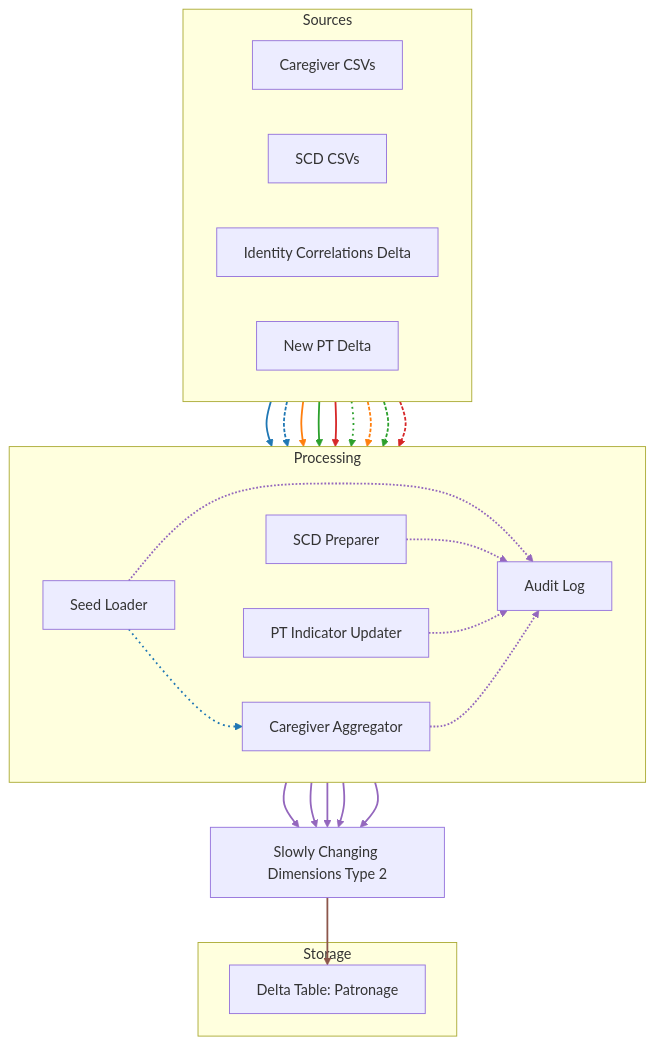
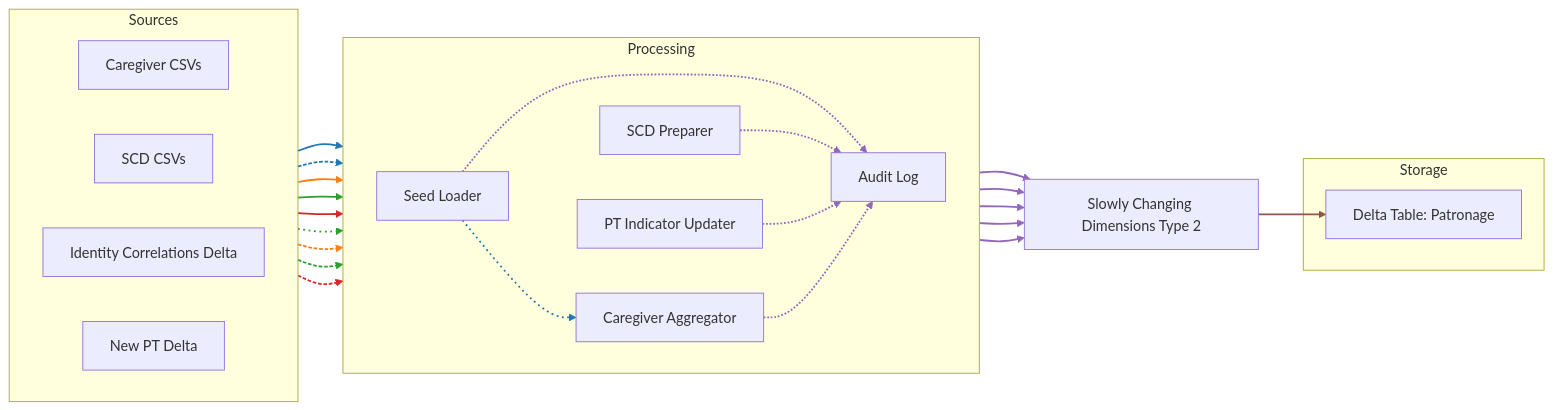
Before and after one commit to BhaveshVA/Patronage_Modularized: the first of 4 diagrams in HIGH_LEVEL_ARCHITECTURE.md, drawn with Mermaid. The commit also changed other lines of this file, not shown here.

Commit message:
Refactor flowchart direction in HIGH_LEVEL_ARCHITECTURE.md for improved readability

````diff
--- a/HIGH_LEVEL_ARCHITECTURE.md
+++ b/HIGH_LEVEL_ARCHITECTURE.md
@@ -9,66 +9,66 @@
 ```mermaid
-flowchart TB
+flowchart LR
     subgraph Sources
         direction LR
         CaregiverCSVs["Caregiver CSVs"]
         SCDCSVs["SCD CSVs"]
         IdentityCorrelations["Identity Correlations Delta"]
         NewPTDelta["New PT Delta"]
     end
     subgraph Processing
         direction LR
         SeedLoader["Seed Loader"]
         CaregiverAggregator["Caregiver Aggregator"]
         SCDPreparer["SCD Preparer"]
         PTIndicatorUpdater["PT Indicator Updater"]
         AuditLog["Audit Log"]
     end
     SCDType["Slowly Changing Dimensions Type 2"]
     subgraph Storage
         DeltaTable["Delta Table: Patronage"]
     end
     
     CaregiverCSVs --> SeedLoader
     CaregiverCSVs --> CaregiverAggregator
     SeedLoader --> CaregiverAggregator
     SCDCSVs --> SCDPreparer
     IdentityCorrelations --> SCDPreparer
     NewPTDelta --> PTIndicatorUpdater
     IdentityCorrelations --> SeedLoader
     
     SeedLoader --> SCDType
     SCDPreparer --> SCDType
     PTIndicatorUpdater --> SCDType
     CaregiverAggregator --> SCDType
     AuditLog --> SCDType
     SCDType --> DeltaTable
     
     SCDCSVs --> SeedLoader
     IdentityCorrelations --> CaregiverAggregator
     NewPTDelta --> AuditLog
     
     SeedLoader -.-> AuditLog
     SCDPreparer -.-> AuditLog
     PTIndicatorUpdater -.-> AuditLog
     CaregiverAggregator -.-> AuditLog
     linkStyle 0 stroke:#1f77b4,stroke-width:2px;
     linkStyle 1 stroke:#1f77b4,stroke-width:2px,stroke-dasharray: 4 2;
     linkStyle 2 stroke:#1f77b4,stroke-width:2px,stroke-dasharray: 2 4;
     linkStyle 3 stroke:#ff7f0e,stroke-width:2px;
     linkStyle 4 stroke:#2ca02c,stroke-width:2px;
     linkStyle 5 stroke:#d62728,stroke-width:2px;
     linkStyle 6 stroke:#2ca02c,stroke-width:2px,stroke-dasharray: 2 4;
     linkStyle 7 stroke:#9467bd,stroke-width:2px;
     linkStyle 8 stroke:#9467bd,stroke-width:2px;
     linkStyle 9 stroke:#9467bd,stroke-width:2px;
     linkStyle 10 stroke:#9467bd,stroke-width:2px;
     linkStyle 11 stroke:#9467bd,stroke-width:2px;
     linkStyle 12 stroke:#8c564b,stroke-width:2px;
     linkStyle 13 stroke:#ff7f0e,stroke-width:2px,stroke-dasharray: 4 2;
     linkStyle 14 stroke:#2ca02c,stroke-width:2px,stroke-dasharray: 4 2;
     linkStyle 15 stroke:#d62728,stroke-width:2px,stroke-dasharray: 4 2;
     linkStyle 16 stroke:#9467bd,stroke-width:2px,stroke-dasharray: 2 2;
     linkStyle 17 stroke:#9467bd,stroke-width:2px,stroke-dasharray: 2 2;
     linkStyle 18 stroke:#9467bd,stroke-width:2px,stroke-dasharray: 2 2;
     linkStyle 19 stroke:#9467bd,stroke-width:2px,stroke-dasharray: 2 2;
 ```
````
